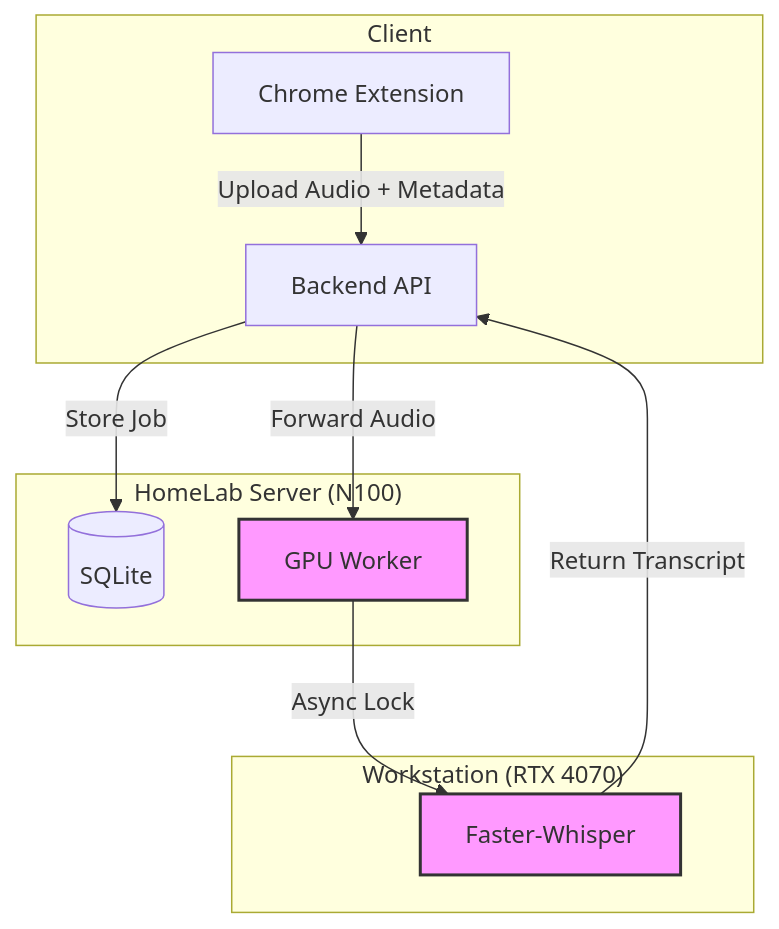
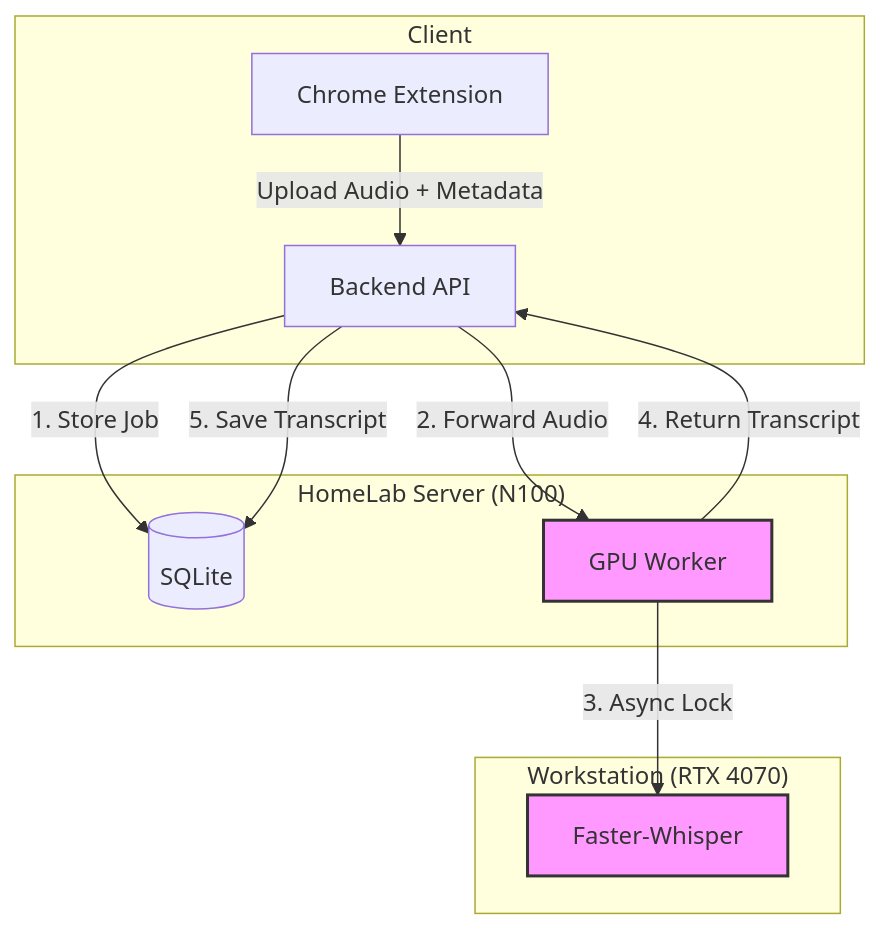
One commit to dlakisic/MeetScribe changed the diagram in README.md. Above: the diagram before and after it, drawn with Mermaid. The commit also changed other lines of this file, not shown here.

````diff
--- a/README.md
+++ b/README.md
@@ -13,19 +14,20 @@
 ```mermaid
 graph TD
     subgraph Client
         Ext[Chrome Extension] -->|Upload Audio + Metadata| API[Backend API]
     end
 
     subgraph "HomeLab Server (N100)"
-        API -->|Store Job| DB[(SQLite)]
-        API -->|Forward Audio| Worker[GPU Worker]
+        API -->|1. Store Job| DB[(SQLite)]
+        API -->|2. Forward Audio| Worker[GPU Worker]
+        Worker -->|4. Return Transcript| API
+        API -->|5. Save Transcript| DB
     end
 
     subgraph "Workstation (RTX 4070)"
-        Worker -->|Async Lock| Whisper[Faster-Whisper]
-        Whisper -->|Return Transcript| API
+        Worker -->|3. Async Lock| Whisper[Faster-Whisper]
     end
 
     classDef hardware fill:#f9f,stroke:#333,stroke-width:2px;
     class Worker,Whisper hardware;
 ```
````
